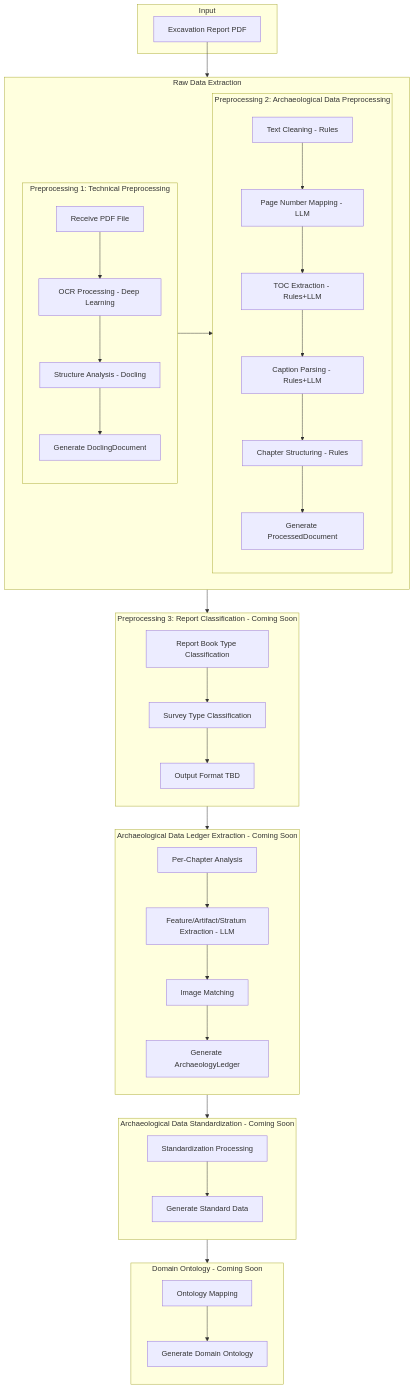
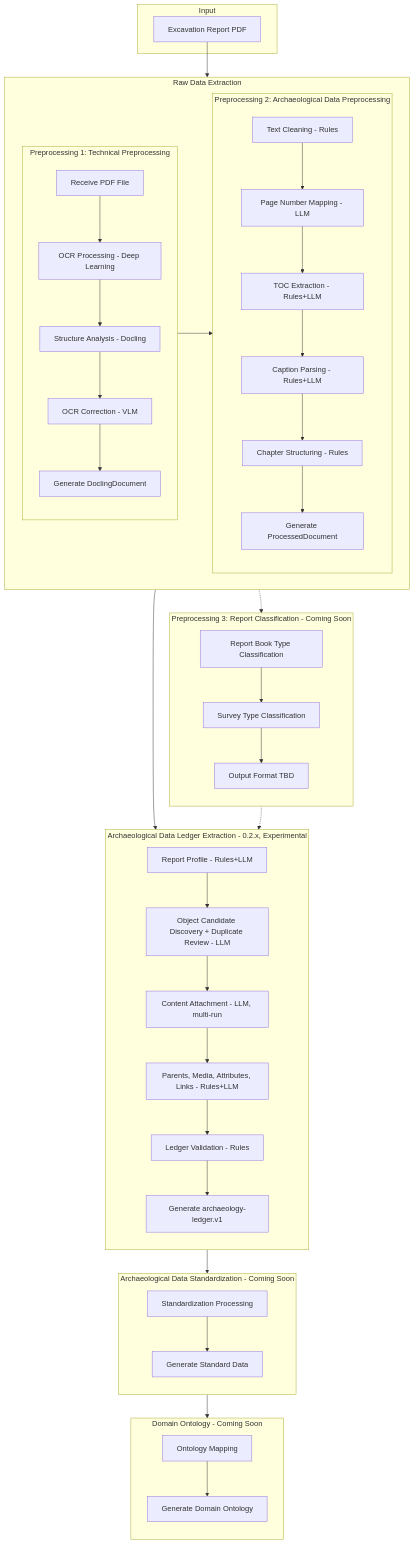
Before and after one commit to heripo-lab/heripo-engine: the first of 6 diagrams in docs/architecture.md, drawn with Mermaid. The commit also changed other lines of this file and 12 other files, not shown here.

````diff
--- a/docs/architecture.md
+++ b/docs/architecture.md
@@ -22,67 +22,71 @@
 ```mermaid
 flowchart TB
     subgraph Input[Input]
         PDF[Excavation Report PDF]
     end
 
     subgraph RawData[Raw Data Extraction]
         subgraph Phase1[Preprocessing 1: Technical Preprocessing]
             direction TB
             P1_1[Receive PDF File]
             P1_2[OCR Processing - Deep Learning]
             P1_3[Structure Analysis - Docling]
+            P1_3b[OCR Correction - VLM]
             P1_4[Generate DoclingDocument]
-            P1_1 --> P1_2 --> P1_3 --> P1_4
+            P1_1 --> P1_2 --> P1_3 --> P1_3b --> P1_4
         end
 
         subgraph Phase2[Preprocessing 2: Archaeological Data Preprocessing]
             direction TB
             P2_1[Text Cleaning - Rules]
             P2_2[Page Number Mapping - LLM]
             P2_3[TOC Extraction - Rules+LLM]
             P2_4[Caption Parsing - Rules+LLM]
             P2_5[Chapter Structuring - Rules]
             P2_6[Generate ProcessedDocument]
             P2_1 --> P2_2 --> P2_3 --> P2_4 --> P2_5 --> P2_6
         end
 
         Phase1 --> Phase2
     end
 
     subgraph Classification[Preprocessing 3: Report Classification - Coming Soon]
         direction TB
         C1[Report Book Type Classification]
         C2[Survey Type Classification]
         C3[Output Format TBD]
         C1 --> C2 --> C3
     end
 
-    subgraph Ledger[Archaeological Data Ledger Extraction - Coming Soon]
+    subgraph Ledger[Archaeological Data Ledger Extraction - 0.2.x, Experimental]
         direction TB
-        L1[Per-Chapter Analysis]
-        L2[Feature/Artifact/Stratum Extraction - LLM]
-        L3[Image Matching]
-        L4[Generate ArchaeologyLedger]
-        L1 --> L2 --> L3 --> L4
+        L1[Report Profile - Rules+LLM]
+        L2[Object Candidate Discovery + Duplicate Review - LLM]
+        L3[Content Attachment - LLM, multi-run]
+        L4[Parents, Media, Attributes, Links - Rules+LLM]
+        L5[Ledger Validation - Rules]
+        L6[Generate archaeology-ledger.v1]
+        L1 --> L2 --> L3 --> L4 --> L5 --> L6
     end
 
     subgraph Standard[Archaeological Data Standardization - Coming Soon]
         direction TB
         S1[Standardization Processing]
         S2[Generate Standard Data]
         S1 --> S2
     end
 
     subgraph Ontology[Domain Ontology - Coming Soon]
         direction TB
         O1[Ontology Mapping]
         O2[Generate Domain Ontology]
         O1 --> O2
     end
 
     PDF --> RawData
-    RawData --> Classification
-    Classification --> Ledger
+    RawData --> Ledger
+    RawData -.-> Classification
+    Classification -.-> Ledger
     Ledger --> Standard
     Standard --> Ontology
 ```
````
